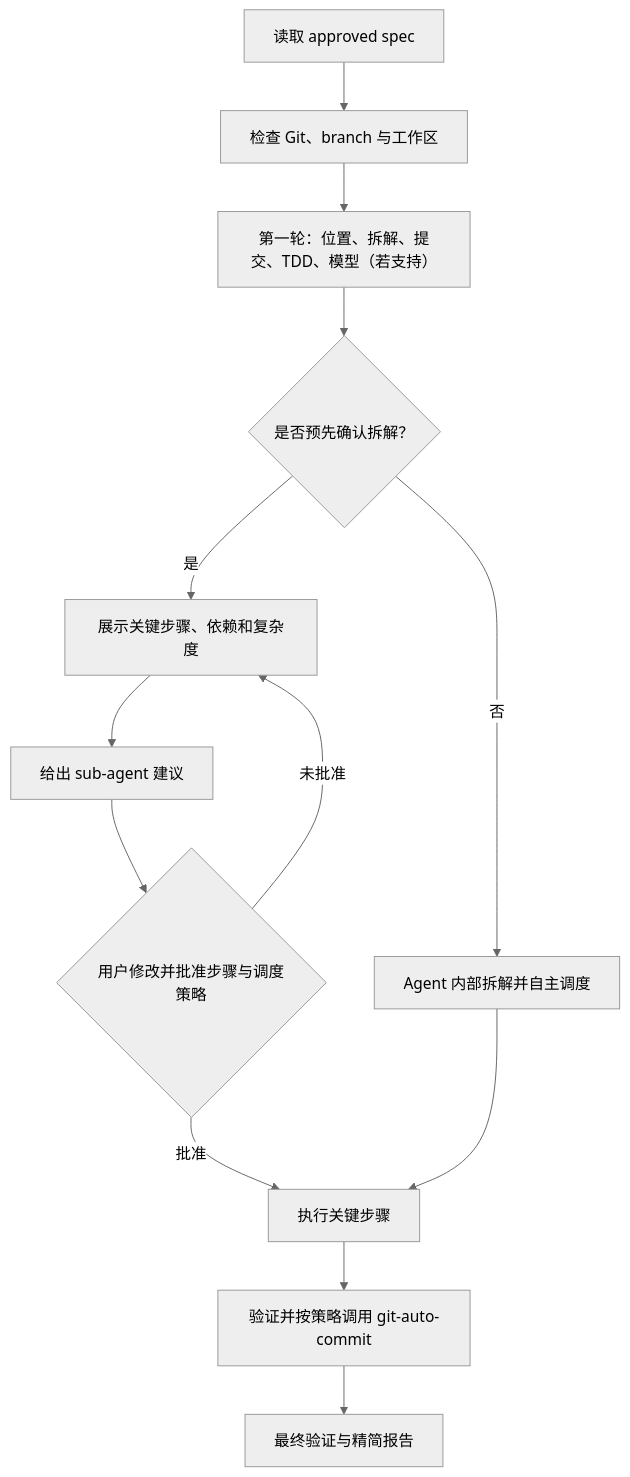
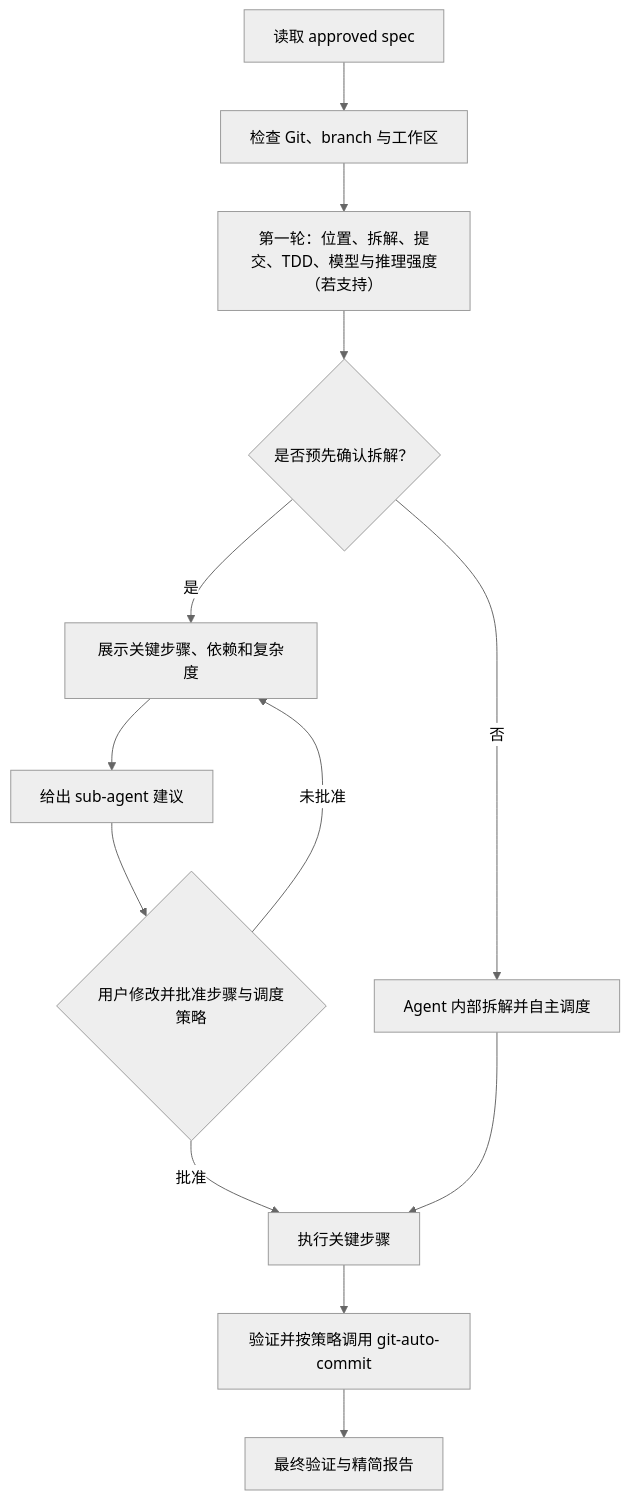
The fourth of 4 diagrams in docs/wiki.md (cmstar/hyperpowers-skills), drawn with Mermaid (neutral theme) before and after one commit. The commit also changed other lines of this file and 2 other files, not shown here.

````diff
--- a/docs/wiki.md
+++ b/docs/wiki.md
@@ -423,15 +443,15 @@
 ```mermaid
 flowchart TD
     S["读取 approved spec"] --> G["检查 Git、branch 与工作区"]
-    G --> C["第一轮：位置、拆解、提交、TDD、模型（若支持）"]
+    G --> C["第一轮：位置、拆解、提交、TDD、模型与推理强度（若支持）"]
     C --> D{"是否预先确认拆解？"}
     D -->|"否"| A["Agent 内部拆解并自主调度"]
     D -->|"是"| L["展示关键步骤、依赖和复杂度"]
     L --> R["给出 sub-agent 建议"]
     R --> U{"用户修改并批准步骤与调度策略"}
     U -->|"未批准"| L
     U -->|"批准"| E["执行关键步骤"]
     A --> E
     E --> V["验证并按策略调用 git-auto-commit"]
     V --> F["最终验证与精简报告"]
 ```
````
